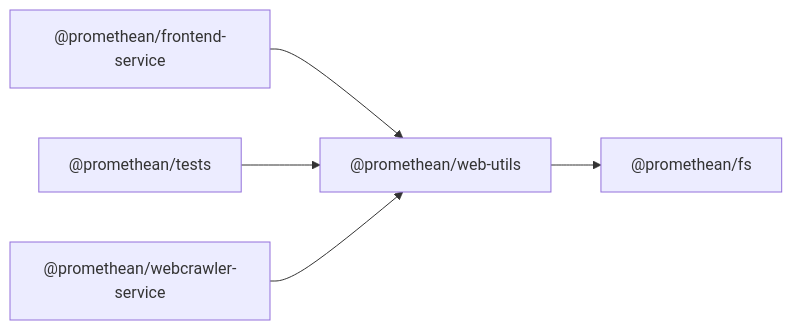
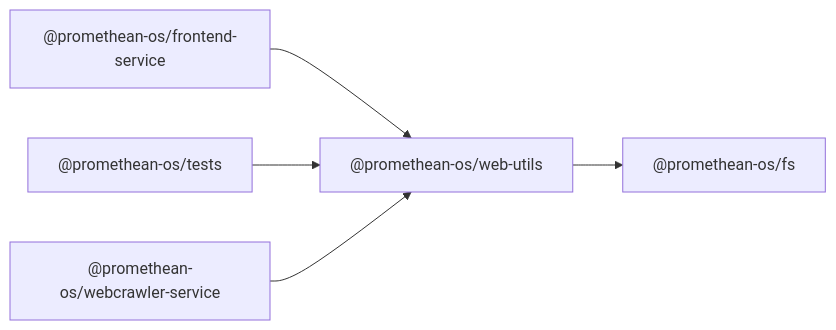
Before and after one commit to octave-commons/promethean: the diagram in docs/packages/web-utils/README.md, drawn with Mermaid. The commit also changed other lines of this file and 1753 other files, not shown here.

````diff
--- a/docs/packages/web-utils/README.md
+++ b/docs/packages/web-utils/README.md
@@ -14,16 +14,16 @@
 ```mermaid
 graph LR
-  A["@promethean/web-utils"]
-  D1["@promethean/fs"]
-  R1["@promethean/frontend-service"]
-  R2["@promethean/tests"]
-  R3["@promethean/webcrawler-service"]
-  A --> D1["@promethean/fs"]
-  R1["@promethean/frontend-service"] --> A
-  R2["@promethean/tests"] --> A
-  R3["@promethean/webcrawler-service"] --> A
-  click D1 "../fs/README.md" "@promethean/fs"
-  click R1 "../frontend-service/README.md" "@promethean/frontend-service"
-  click R2 "../tests/README.md" "@promethean/tests"
-  click R3 "../webcrawler-service/README.md" "@promethean/webcrawler-service"
+  A["@promethean-os/web-utils"]
+  D1["@promethean-os/fs"]
+  R1["@promethean-os/frontend-service"]
+  R2["@promethean-os/tests"]
+  R3["@promethean-os/webcrawler-service"]
+  A --> D1["@promethean-os/fs"]
+  R1["@promethean-os/frontend-service"] --> A
+  R2["@promethean-os/tests"] --> A
+  R3["@promethean-os/webcrawler-service"] --> A
+  click D1 "../fs/README.md" "@promethean-os/fs"
+  click R1 "../frontend-service/README.md" "@promethean-os/frontend-service"
+  click R2 "../tests/README.md" "@promethean-os/tests"
+  click R3 "../webcrawler-service/README.md" "@promethean-os/webcrawler-service"
 ```
````
